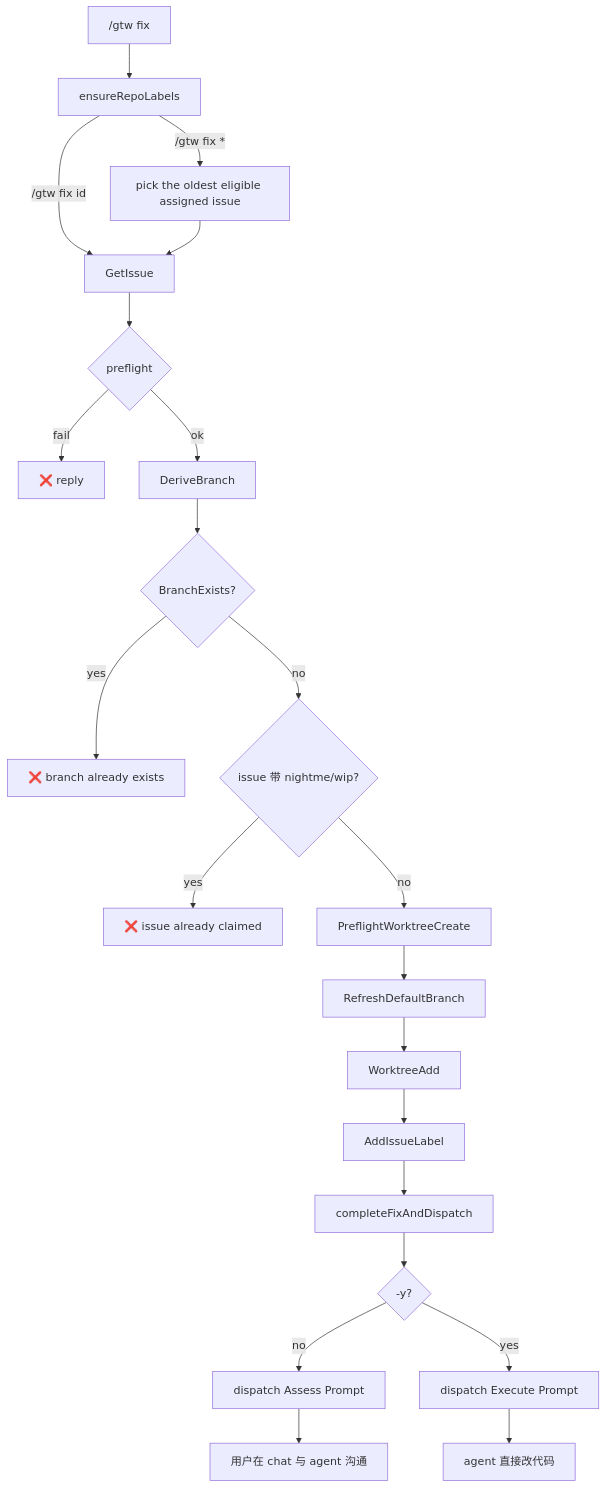
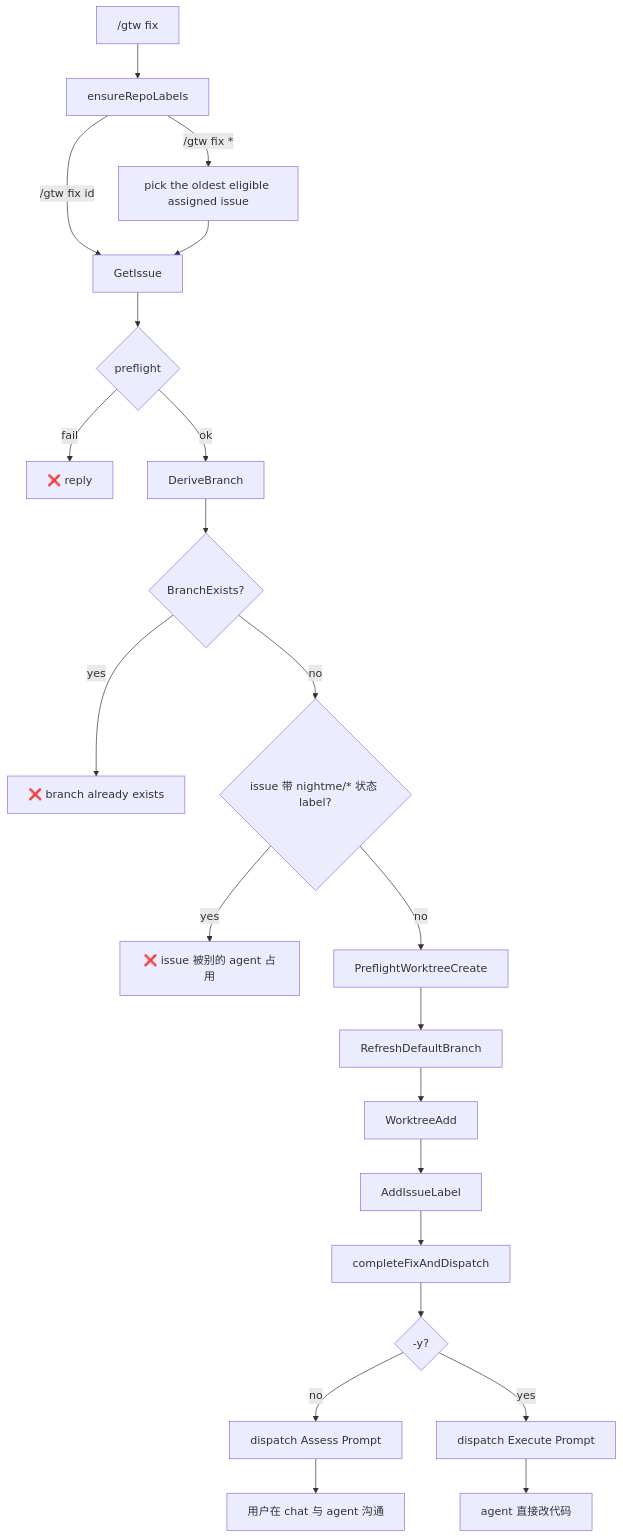
The diagram in docs/feat/F-gtw-fix.md (cnlangzi/nightme), drawn with Mermaid before and after one commit. The commit also changed other lines of this file and 11 other files, not shown here.

````diff
--- a/docs/feat/F-gtw-fix.md
+++ b/docs/feat/F-gtw-fix.md
@@ -182,24 +184,24 @@
 ```mermaid
 flowchart TD
     S["/gtw fix"] --> A3["ensureRepoLabels"]
     A3 -->|"/gtw fix id"| A0["GetIssue"]
     A3 -->|"/gtw fix *"| A2["pick the oldest eligible assigned issue"]
     A2 --> A0
     A0 --> B{preflight}
     B -->|fail| Z["❌ reply"]
     B -->|ok| C["DeriveBranch"]
     C --> D{BranchExists?}
     D -->|yes| E["❌ branch already exists"]
-    D -->|no| G{issue 带 nightme/wip?}
-    G -->|yes| H["❌ issue already claimed"]
+    D -->|no| G{issue 带 nightme/* 状态 label?}
+    G -->|yes| H["❌ issue 被别的 agent 占用"]
     G -->|no| F["PreflightWorktreeCreate"]
     F --> I["RefreshDefaultBranch"]
     I --> J["WorktreeAdd"]
     J --> K["AddIssueLabel"]
     K --> L["completeFixAndDispatch"]
     L --> M{"-y?"}
     M -->|no| N["dispatch Assess Prompt"]
     M -->|yes| O["dispatch Execute Prompt"]
     N --> P["用户在 chat 与 agent 沟通"]
     O --> Q["agent 直接改代码"]
 ```
````
